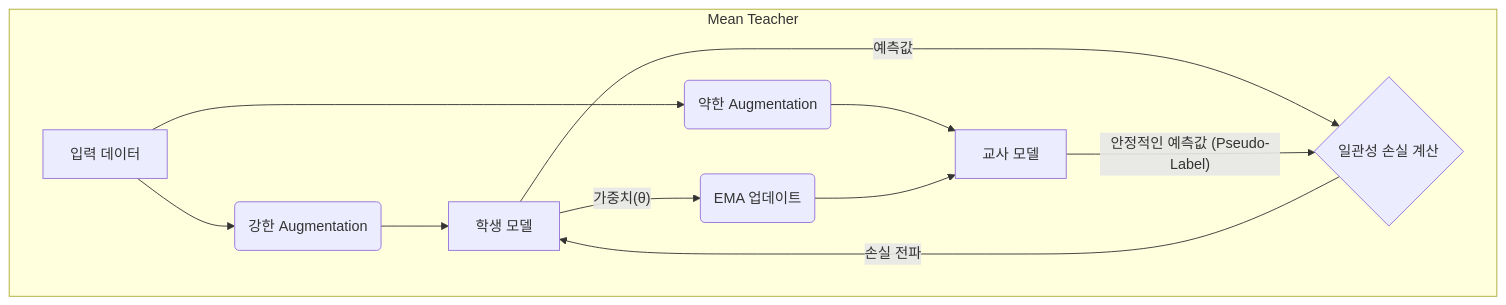
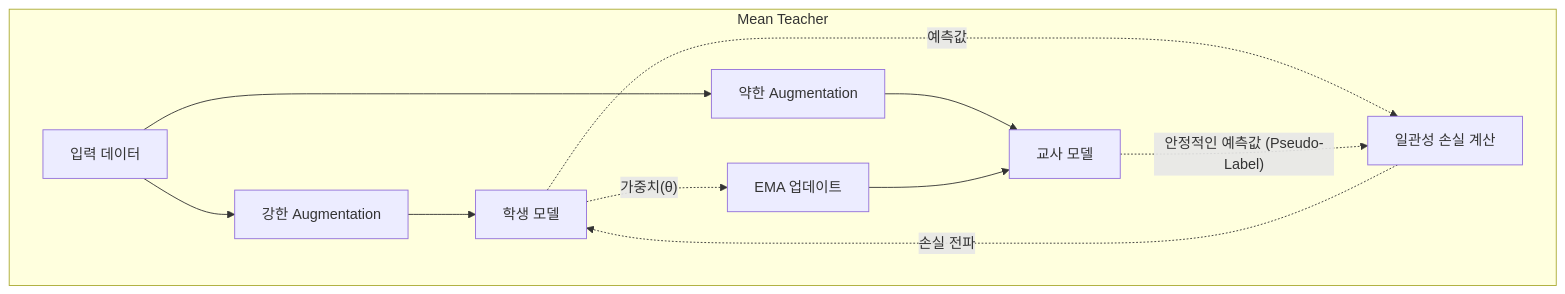
Before and after one commit to harimkang/ai-engineer-guide: the diagram in docs/3-컴퓨터-비전/3-2-학습-패러다임/semi-supervised-learning.md, drawn with Mermaid. The commit also changed 22 other files, not shown here.

````diff
--- a/docs/3-컴퓨터-비전/3-2-학습-패러다임/semi-supervised-learning.md
+++ b/docs/3-컴퓨터-비전/3-2-학습-패러다임/semi-supervised-learning.md
@@ -40,12 +40,14 @@
 ```mermaid
 graph TD
-    subgraph Mean Teacher
-        A[입력 데이터] --> B(강한 Augmentation) --> C[학생 모델];
-        A --> D(약한 Augmentation) --> E[교사 모델];
-        C -- 예측값 --> F{일관성 손실 계산}; 
-        E -- 안정적인 예측값 (Pseudo-Label) --> F;
-        F -- 손실 전파 --> C;
-        C -- 가중치(θ) --> G(EMA 업데이트);
-        G --> E;
+    subgraph MeanTeacher ["Mean Teacher"]
+        A["입력 데이터"] --> B["강한 Augmentation"]
+        A --> D["약한 Augmentation"]
+        B --> C["학생 모델"]
+        D --> E["교사 모델"]
+        C -.->|"예측값"| F["일관성 손실 계산"]
+        E -.->|"안정적인 예측값 (Pseudo-Label)"| F
+        F -.->|"손실 전파"| C
+        C -.->|"가중치(θ)"| G["EMA 업데이트"]
+        G --> E
     end
 ```
````
